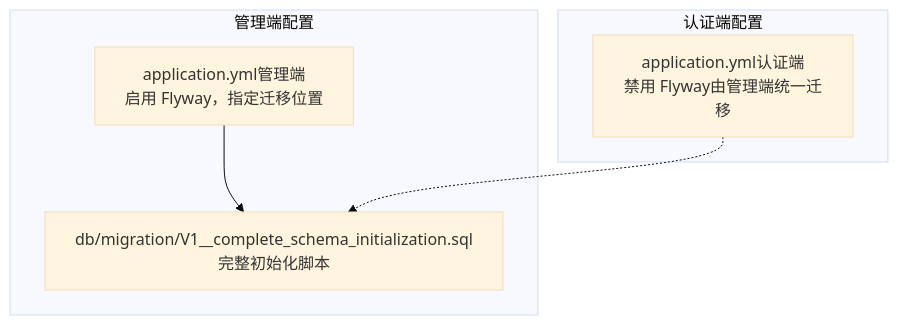
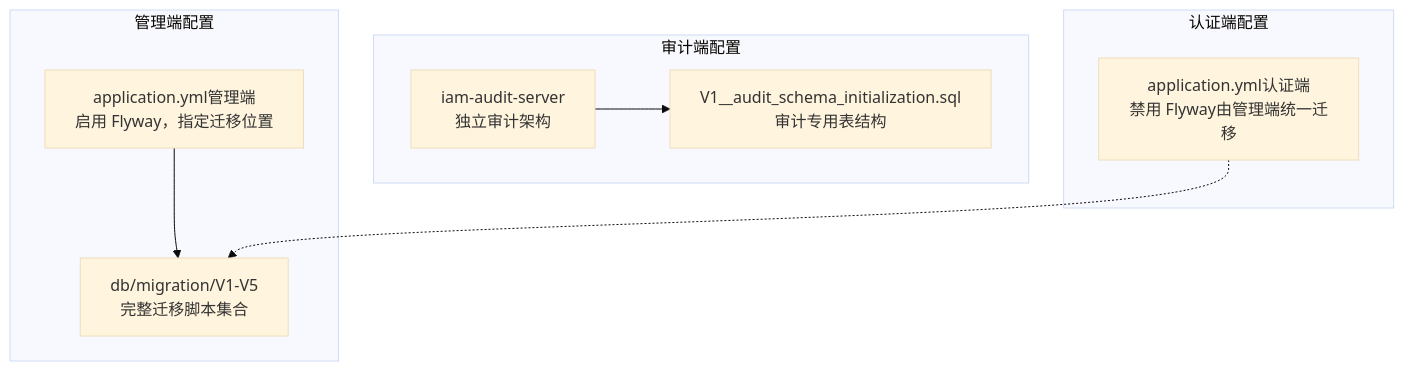
Before and after one commit to fq0121104930716/iam-platform: the first of 10 diagrams in .qoder/repowiki/zh/content/数据库设计/数据库架构/数据库架构.md, drawn with Mermaid (base theme). The commit also changed other lines of this file and 46 other files, not shown here.

````diff
--- a/.qoder/repowiki/zh/content/数据库设计/数据库架构/数据库架构.md
+++ b/.qoder/repowiki/zh/content/数据库设计/数据库架构/数据库架构.md
@@ -44,12 +64,17 @@
 ```mermaid
 graph TB
 subgraph "管理端配置"
 A["application.yml管理端<br/>启用 Flyway，指定迁移位置"]
-B["db/migration/V1__complete_schema_initialization.sql<br/>完整初始化脚本"]
+B["db/migration/V1-V5<br/>完整迁移脚本集合"]
+end
+subgraph "审计端配置"
+C["iam-audit-server<br/>独立审计架构"]
+D["V1__audit_schema_initialization.sql<br/>审计专用表结构"]
 end
 subgraph "认证端配置"
-C["application.yml认证端<br/>禁用 Flyway由管理端统一迁移"]
+E["application.yml认证端<br/>禁用 Flyway由管理端统一迁移"]
 end
 A --> B
-C -.-> B
+C --> D
+E -.-> B
 ```
````
